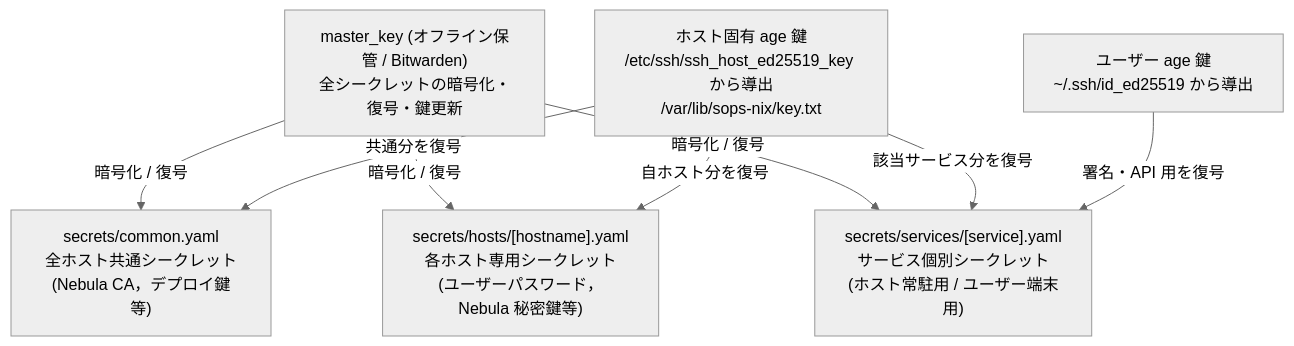
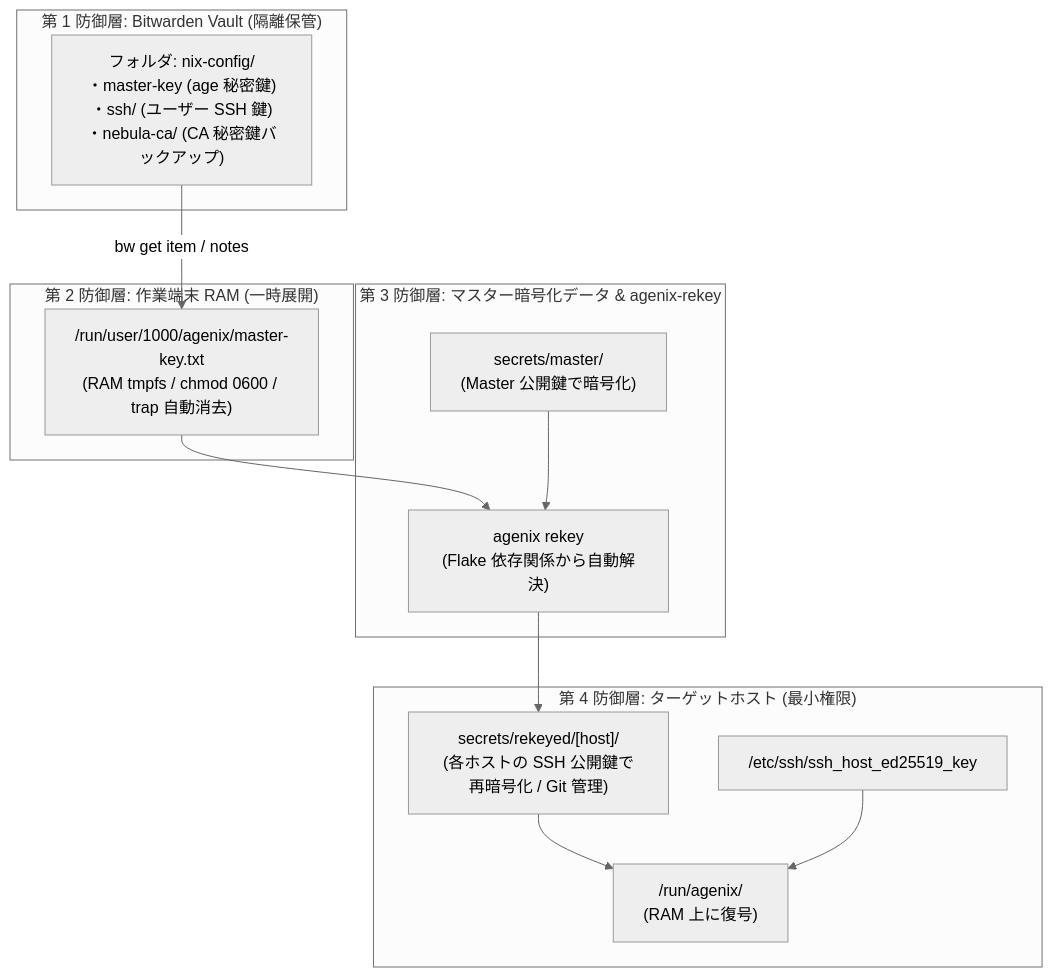
One commit to t3u-tsu/nix-config changed the diagram in docs/operations/secret-management.md. Above: the diagram before and after it, drawn with Mermaid (neutral theme). The commit also changed other lines of this file and 2 other files, not shown here.

Commit message:
docs(secrets): update operations guide and secrets documentation for agenix-rekey

````diff
--- a/docs/operations/secret-management.md
+++ b/docs/operations/secret-management.md
@@ -9,19 +9,27 @@
 ```mermaid
 graph TD
-    Master["master_key (オフライン保管 / Bitwarden)<br>全シークレットの暗号化・復号・鍵更新"]
-    HostKey["ホスト固有 age 鍵<br>/etc/ssh/ssh_host_ed25519_key から導出<br>/var/lib/sops-nix/key.txt"]
-    UserKey["ユーザー age 鍵<br>~/.ssh/id_ed25519 から導出"]
+    subgraph Layer1 ["第 1 防御層: Bitwarden Vault (隔離保管)"]
+        BW["フォルダ: nix-config/<br>・master-key (age 秘密鍵)<br>・ssh/ (ユーザー SSH 鍵)<br>・nebula-ca/ (CA 秘密鍵バックアップ)"]
+    end
 
-    CommonSecret["secrets/common.yaml<br>全ホスト共通シークレット<br>(Nebula CA，デプロイ鍵等)"]
-    HostSecret["secrets/hosts/[hostname].yaml<br>各ホスト専用シークレット<br>(ユーザーパスワード，Nebula 秘密鍵等)"]
-    ServiceSecret["secrets/services/[service].yaml<br>サービス個別シークレット<br>(ホスト常駐用 / ユーザー端末用)"]
+    subgraph Layer2 ["第 2 防御層: 作業端末 RAM (一時展開)"]
+        Tmpfs["/run/user/1000/agenix/master-key.txt<br>(RAM tmpfs / chmod 0600 / trap 自動消去)"]
+        BW -->|bw get item / notes| Tmpfs
+    end
 
-    Master -->|暗号化 / 復号| CommonSecret
-    Master -->|暗号化 / 復号| HostSecret
-    Master -->|暗号化 / 復号| ServiceSecret
+    subgraph Layer3 ["第 3 防御層: マスター暗号化データ & agenix-rekey"]
+        MasterDir["secrets/master/<br>(Master 公開鍵で暗号化)"]
+        Engine["agenix rekey<br>(Flake 依存関係から自動解決)"]
+        Tmpfs --> Engine
+        MasterDir --> Engine
+    end
 
-    HostKey -->|共通分を復号| CommonSecret
-    HostKey -->|自ホスト分を復号| HostSecret
-    HostKey -->|該当サービス分を復号| ServiceSecret
-    UserKey -->|署名・API 用を復号| ServiceSecret
+    subgraph Layer4 ["第 4 防御層: ターゲットホスト (最小権限)"]
+        Rekeyed["secrets/rekeyed/[host]/<br>(各ホストの SSH 公開鍵で再暗号化 / Git 管理)"]
+        HostKey["/etc/ssh/ssh_host_ed25519_key"]
+        SecretRun["/run/agenix/<br>(RAM 上に復号)"]
+        Engine --> Rekeyed
+        Rekeyed --> SecretRun
+        HostKey --> SecretRun
+    end
 ```
````
